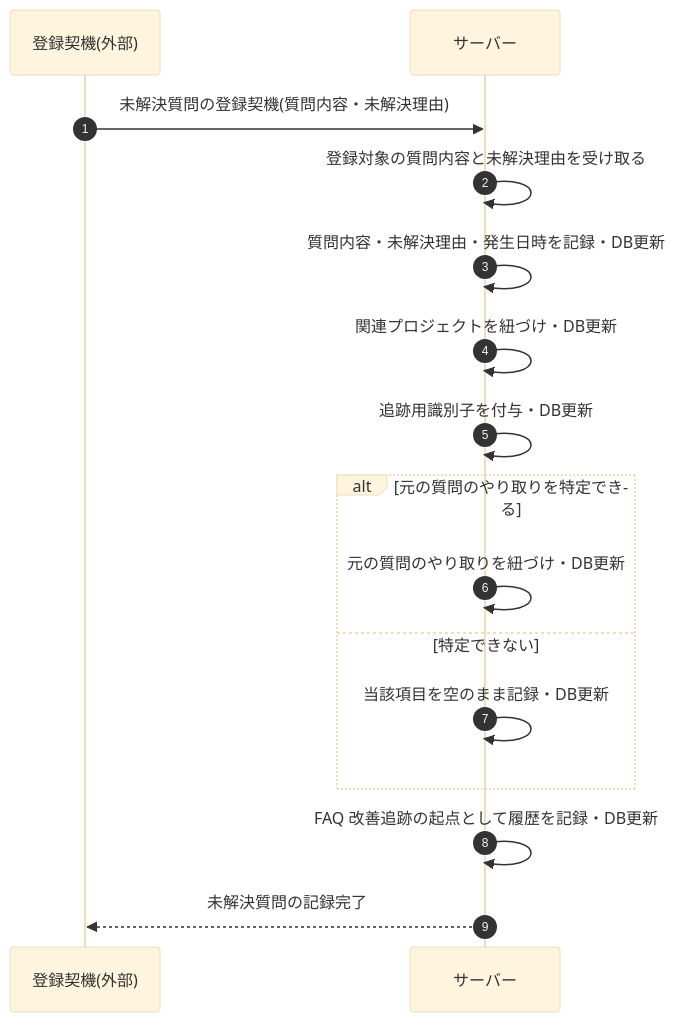
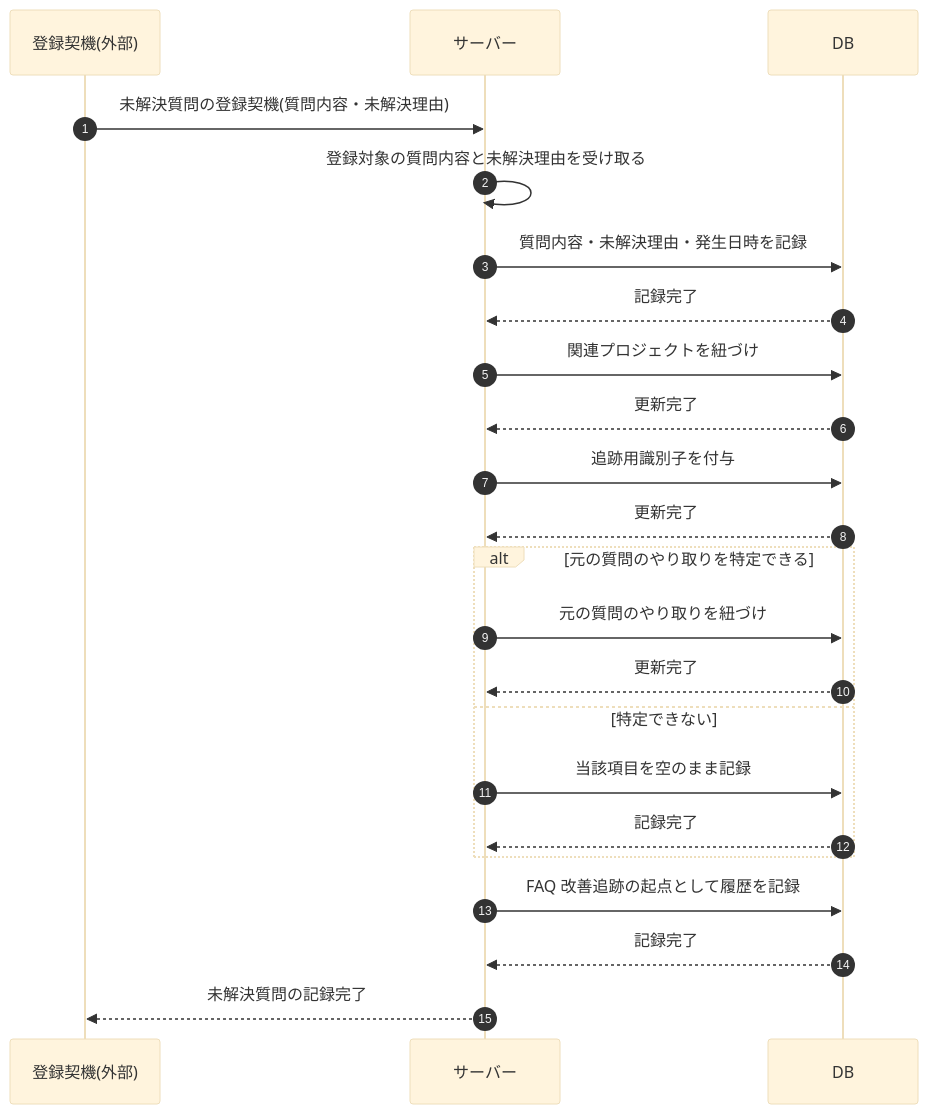
One commit to sikakou54/open-faq changed the diagram in 02_basic_design/03_sequences/SEQ-112.md. Above: the diagram before and after it, drawn with Mermaid (base theme). The commit also changed other lines of this file and 122 other files, not shown here.

First line of the commit message:
シーケンス図に DB アクターを追加(DB 操作をサーバー自己メッセージから分離)

````diff
--- a/02_basic_design/03_sequences/SEQ-112.md
+++ b/02_basic_design/03_sequences/SEQ-112.md
@@ -26,18 +26,25 @@
 ```mermaid
 sequenceDiagram
   autonumber
   participant T as 登録契機(外部)
   participant Server as サーバー
+  participant DB as DB
   T->>Server: 未解決質問の登録契機(質問内容・未解決理由)
   Server->>Server: 登録対象の質問内容と未解決理由を受け取る
-  Server->>Server: 質問内容・未解決理由・発生日時を記録・DB更新
-  Server->>Server: 関連プロジェクトを紐づけ・DB更新
-  Server->>Server: 追跡用識別子を付与・DB更新
+  Server->>DB: 質問内容・未解決理由・発生日時を記録
+  DB-->>Server: 記録完了
+  Server->>DB: 関連プロジェクトを紐づけ
+  DB-->>Server: 更新完了
+  Server->>DB: 追跡用識別子を付与
+  DB-->>Server: 更新完了
   alt 元の質問のやり取りを特定できる
-    Server->>Server: 元の質問のやり取りを紐づけ・DB更新
+    Server->>DB: 元の質問のやり取りを紐づけ
+    DB-->>Server: 更新完了
   else 特定できない
-    Server->>Server: 当該項目を空のまま記録・DB更新
+    Server->>DB: 当該項目を空のまま記録
+    DB-->>Server: 記録完了
   end
-  Server->>Server: FAQ 改善追跡の起点として履歴を記録・DB更新
+  Server->>DB: FAQ 改善追跡の起点として履歴を記録
+  DB-->>Server: 記録完了
   Server-->>T: 未解決質問の記録完了
 ```
````
